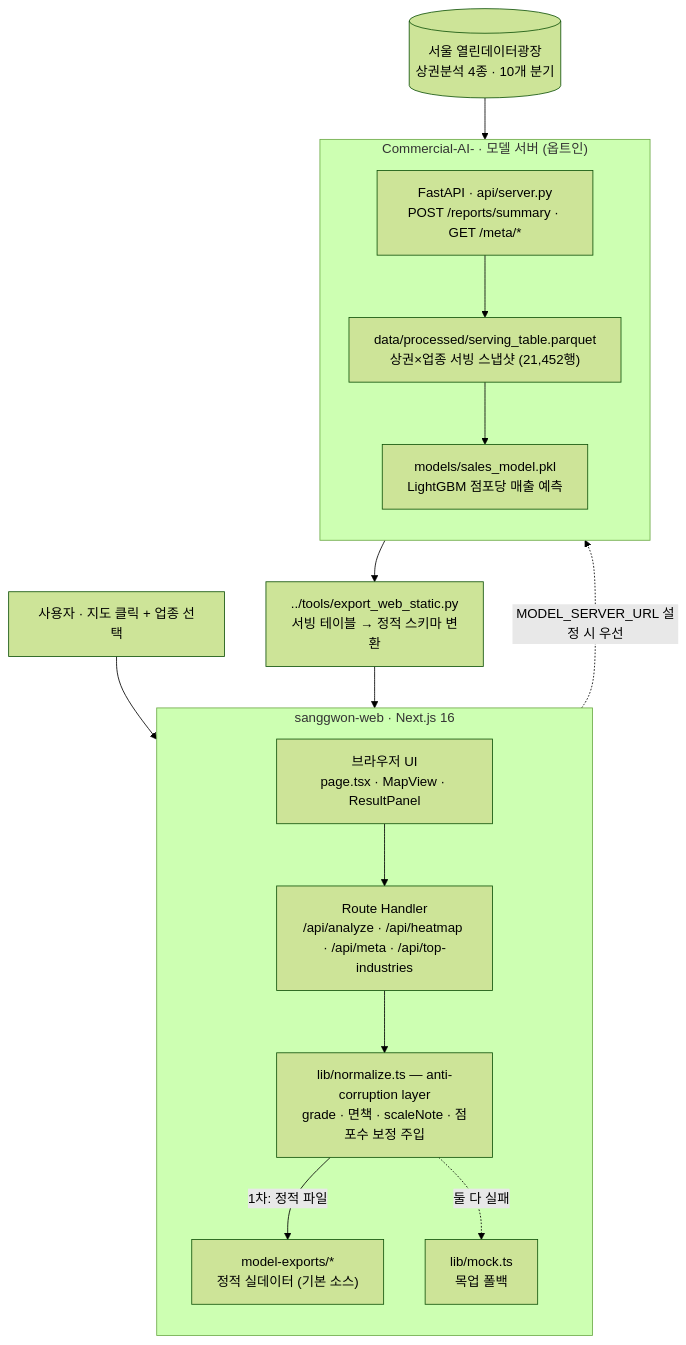
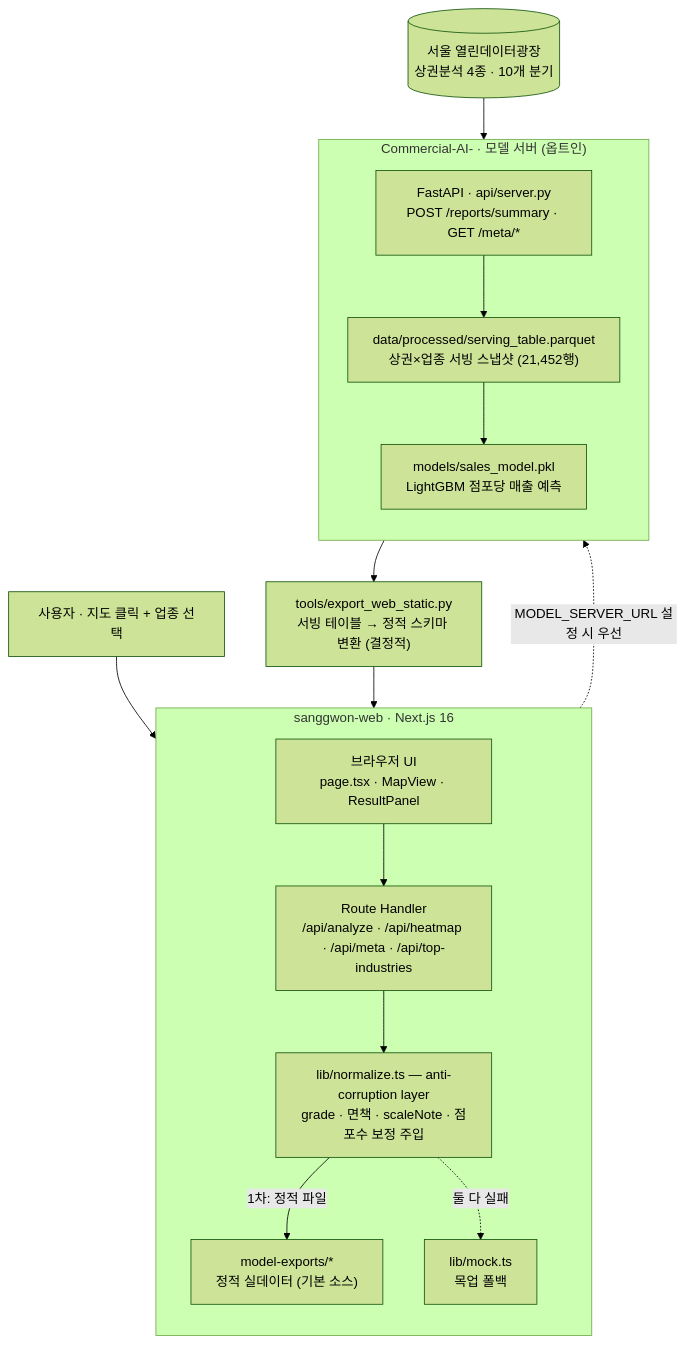
One commit to Academic-competition/web-demo changed the first of 2 diagrams in README.md. Above: the diagram before and after it, drawn with Mermaid (forest theme). The commit also changed other lines of this file and 66 other files, not shown here.

````diff
--- a/README.md
+++ b/README.md
@@ -48,31 +76,31 @@
 ```mermaid
 flowchart TB
     User["사용자 · 지도 클릭 + 업종 선택"]
 
     subgraph WEB["sanggwon-web · Next.js 16"]
         direction TB
         UI["브라우저 UI<br/>page.tsx · MapView · ResultPanel"]
         RT["Route Handler<br/>/api/analyze · /api/heatmap · /api/meta · /api/top-industries"]
         NORM["lib/normalize.ts — anti-corruption layer<br/>grade · 면책 · scaleNote · 점포수 보정 주입"]
         EXP["model-exports/*<br/>정적 실데이터 (기본 소스)"]
         MOCK["lib/mock.ts<br/>목업 폴백"]
     end
 
     subgraph MODEL["Commercial-AI- · 모델 서버 (옵트인)"]
         direction TB
         SRV["FastAPI · api/server.py<br/>POST /reports/summary · GET /meta/*"]
         SERV["data/processed/serving_table.parquet<br/>상권×업종 서빙 스냅샷 (21,452행)"]
         PKL["models/sales_model.pkl<br/>LightGBM 점포당 매출 예측"]
     end
 
-    TOOL["../tools/export_web_static.py<br/>서빙 테이블 → 정적 스키마 변환"]
+    TOOL["tools/export_web_static.py<br/>서빙 테이블 → 정적 스키마 변환 (결정적)"]
     CSV[("서울 열린데이터광장<br/>상권분석 4종 · 10개 분기")]
 
     User --> UI --> RT --> NORM
     NORM -->|"1차: 정적 파일"| EXP
     NORM -.->|"MODEL_SERVER_URL 설정 시 우선"| SRV
     NORM -.->|"둘 다 실패"| MOCK
     SRV --> SERV --> PKL
     CSV --> SERV
     SERV --> TOOL --> EXP
 ```
````
